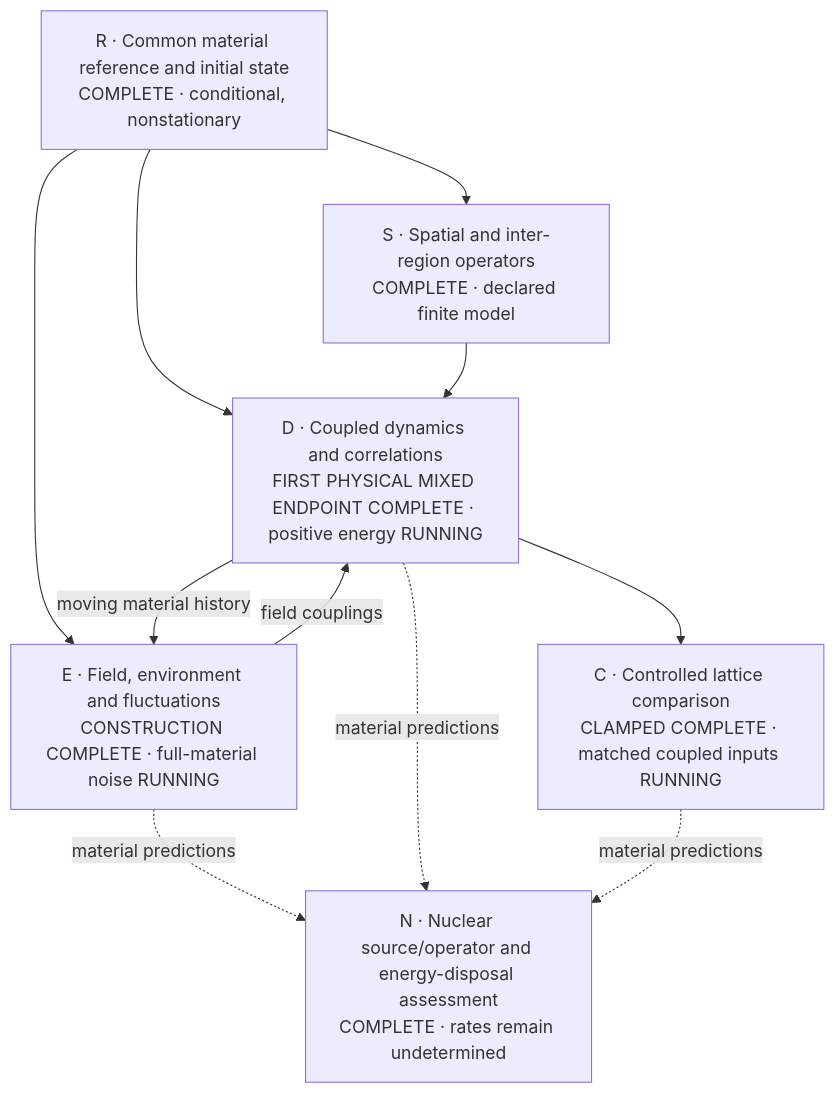
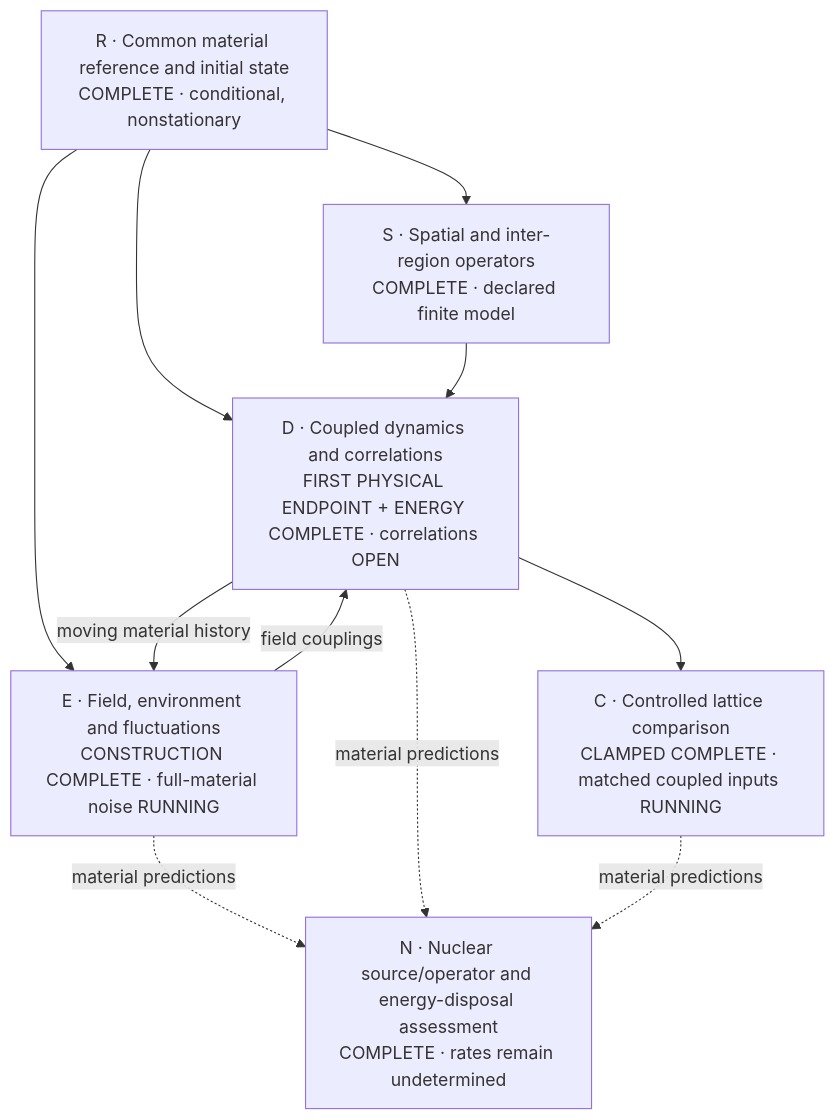
The first of 2 diagrams in proposals/P254-ni-collective-response/SOLUTION.md (vantasnerdan/substrate-framework), drawn with Mermaid before and after one commit. The commit also changed other lines of this file and 3 other files, not shown here.

Commit message:
Record complete genuine positive-time mixed energy readout

````diff
--- a/proposals/P254-ni-collective-response/SOLUTION.md
+++ b/proposals/P254-ni-collective-response/SOLUTION.md
@@ -16,19 +18,19 @@
 ```mermaid
 flowchart TD
     R["R · Common material reference and initial state\nCOMPLETE · conditional, nonstationary"]
     S["S · Spatial and inter-region operators\nCOMPLETE · declared finite model"]
     E["E · Field, environment and fluctuations\nCONSTRUCTION COMPLETE · full-material noise RUNNING"]
-    D["D · Coupled dynamics and correlations\nFIRST PHYSICAL MIXED ENDPOINT COMPLETE · positive energy RUNNING"]
+    D["D · Coupled dynamics and correlations\nFIRST PHYSICAL ENDPOINT + ENERGY COMPLETE · correlations OPEN"]
     C["C · Controlled lattice comparison\nCLAMPED COMPLETE · matched coupled inputs RUNNING"]
     N["N · Nuclear source/operator and energy-disposal assessment\nCOMPLETE · rates remain undetermined"]
     R --> S
     R --> E
     R --> D
     S --> D
     E -- "field couplings" --> D
     D -- "moving material history" --> E
     D --> C
     E -. "material predictions" .-> N
     D -. "material predictions" .-> N
     C -. "material predictions" .-> N
 ```
````
